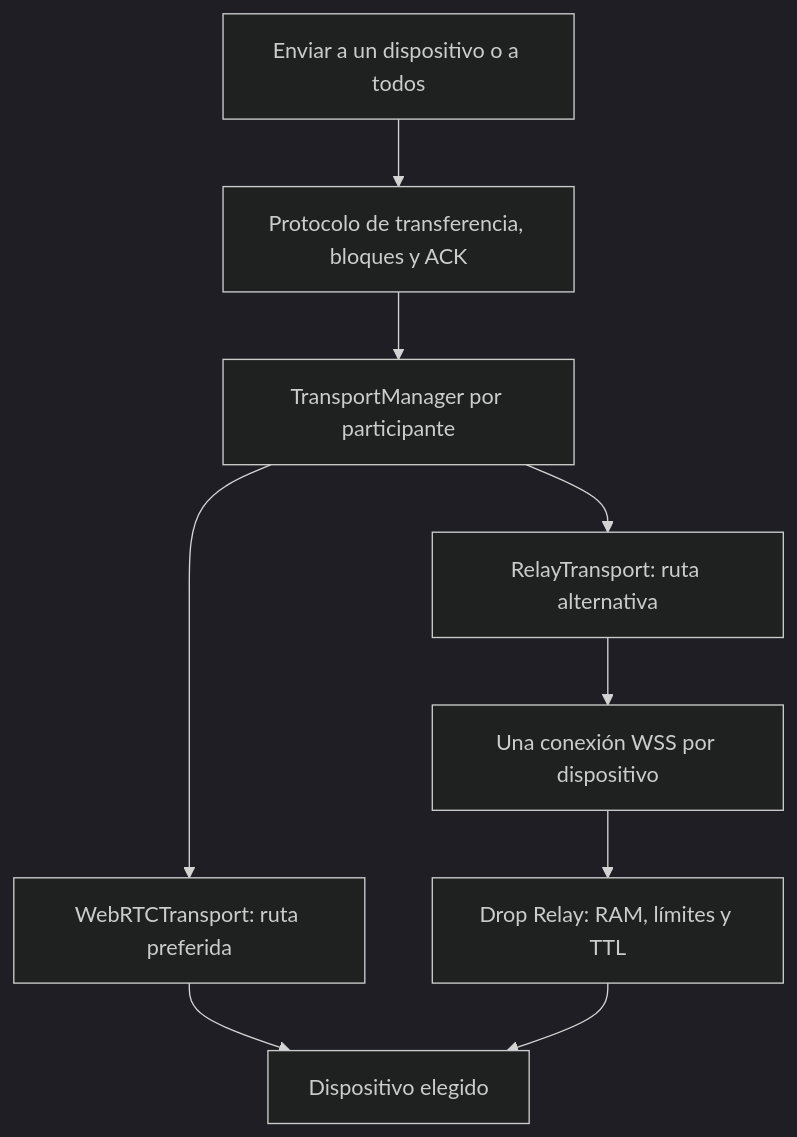
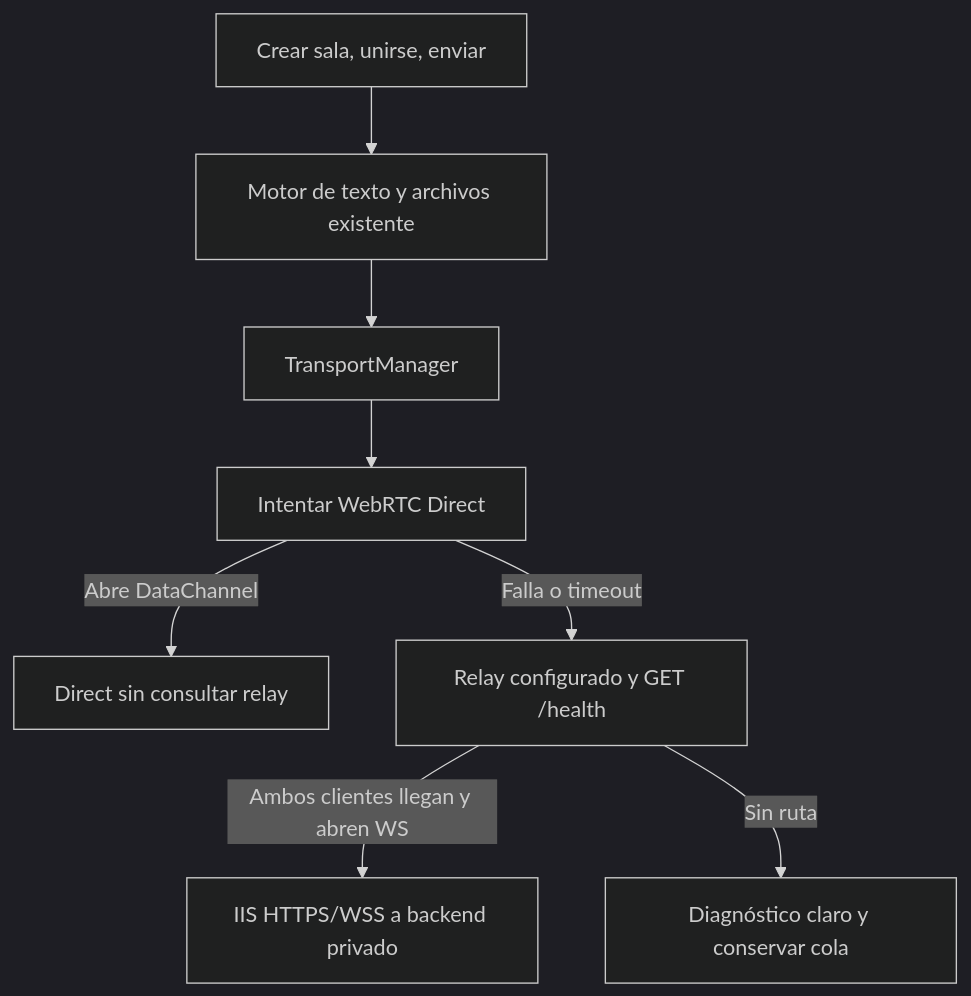
The diagram in drop/ARCHITECTURE.md (reynosoch/reynosoch.github.io), drawn with Mermaid (dark theme) before and after one commit. The commit also changed other lines of this file and 14 other files, not shown here.

Commit message:
refactor(drop): separate relay backend from public frontend

````diff
--- a/drop/ARCHITECTURE.md
+++ b/drop/ARCHITECTURE.md
@@ -5,11 +17,10 @@
 ```mermaid
 flowchart TD
-    UI[Enviar a un dispositivo o a todos] --> E[Protocolo de transferencia, bloques y ACK]
-    E --> M[TransportManager por participante]
-    M --> D[WebRTCTransport: ruta preferida]
-    M --> R[RelayTransport: ruta alternativa]
-    D --> P[Dispositivo elegido]
-    R --> W[Una conexión WSS por dispositivo]
-    W --> S[Drop Relay: RAM, límites y TTL]
-    S --> P
+    UI[Crear sala, unirse, enviar] --> P[Motor de texto y archivos existente]
+    P --> M[TransportManager]
+    M --> D[Intentar WebRTC Direct]
+    D -->|Abre DataChannel| A[Direct sin consultar relay]
+    D -->|Falla o timeout| H[Relay configurado y GET /health]
+    H -->|Ambos clientes llegan y abren WS| R[IIS HTTPS/WSS a backend privado]
+    H -->|Sin ruta| E[Diagnóstico claro y conservar cola]
 ```
````
